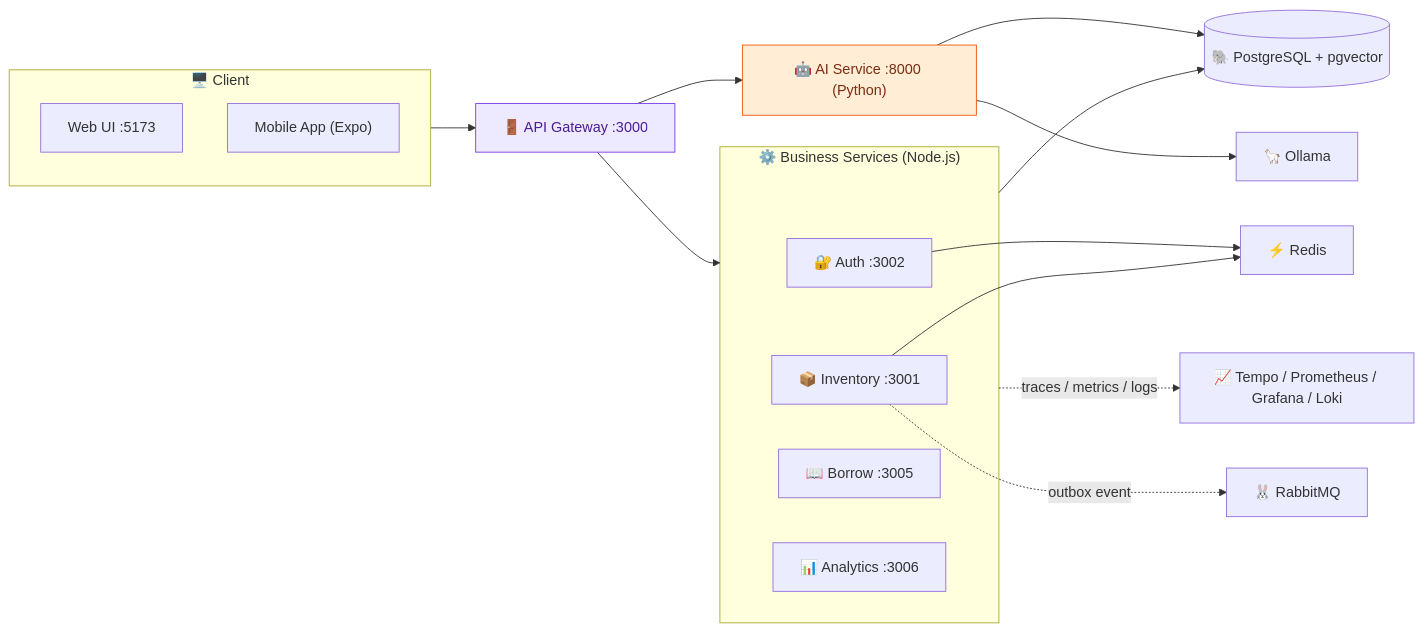
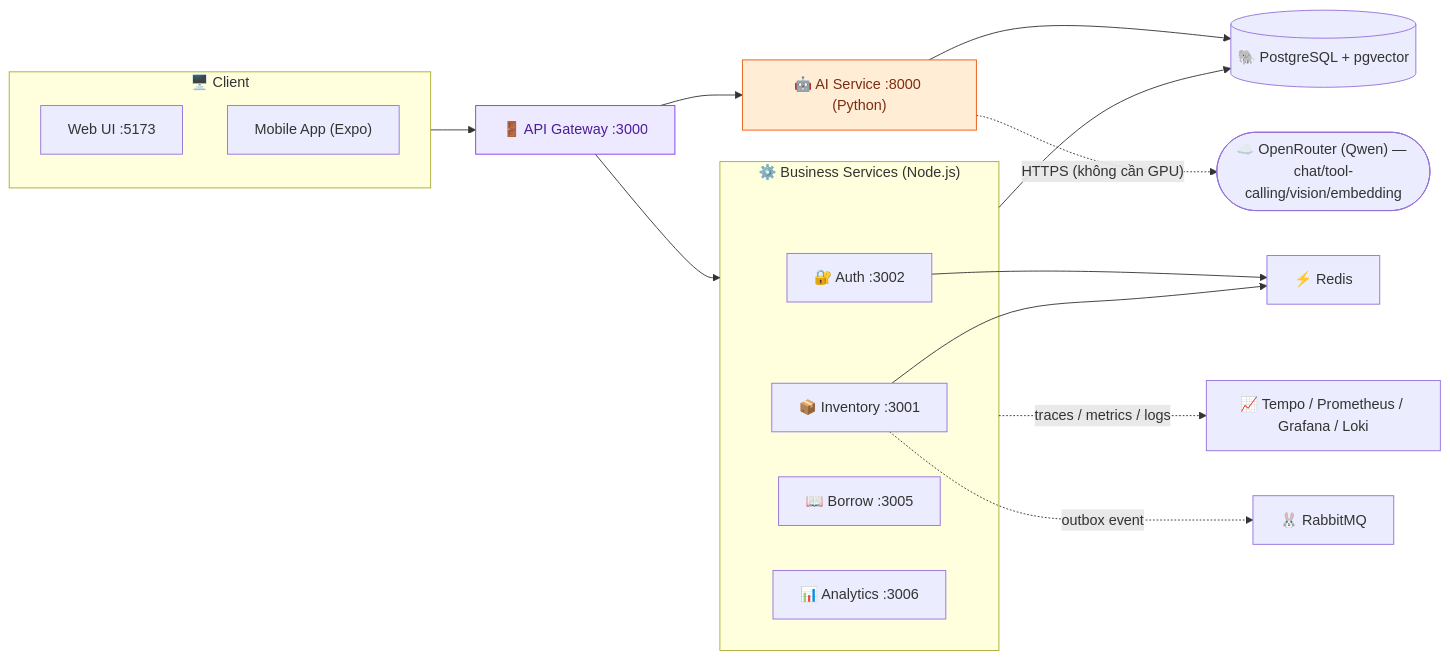
One commit to vinhhung04/smartbook-system changed the first of 2 diagrams in README.md. Above: the diagram before and after it, drawn with Mermaid. The commit also changed other lines of this file and 52 other files, not shown here.

````diff
--- a/README.md
+++ b/README.md
@@ -163,42 +163,42 @@
 ```mermaid
 flowchart LR
     subgraph Client["🖥️ Client"]
         UI["Web UI :5173"]
         MOB["Mobile App (Expo)"]
     end
 
     GW["🚪 API Gateway :3000"]
 
     subgraph Core["⚙️ Business Services (Node.js)"]
         AUTH["🔐 Auth :3002"]
         INV["📦 Inventory :3001"]
         BORROW["📖 Borrow :3005"]
         ANA["📊 Analytics :3006"]
     end
 
     AI["🤖 AI Service :8000 (Python)"]
 
     PG[("🐘 PostgreSQL + pgvector")]
     REDIS["⚡ Redis"]
     MQ["🐰 RabbitMQ"]
-    OLLAMA["🦙 Ollama"]
+    OPENROUTER(["☁️ OpenRouter (Qwen) — chat/tool-calling/vision/embedding"])
     OBS["📈 Tempo / Prometheus / Grafana / Loki"]
 
     Client --> GW
     GW --> Core
     GW --> AI
 
     Core --> PG
     AI --> PG
     AUTH --> REDIS
     INV --> REDIS
-    AI --> OLLAMA
+    AI -. "HTTPS (không cần GPU)" .-> OPENROUTER
 
     INV -. "outbox event" .-> MQ
     Core -. "traces / metrics / logs" .-> OBS
 
     classDef gateway fill:#ede9fe,stroke:#7c3aed,color:#4c1d95;
     classDef aiservice fill:#ffedd5,stroke:#ea580c,color:#7c2d12;
     class GW gateway;
     class AI aiservice;
 ```
````
